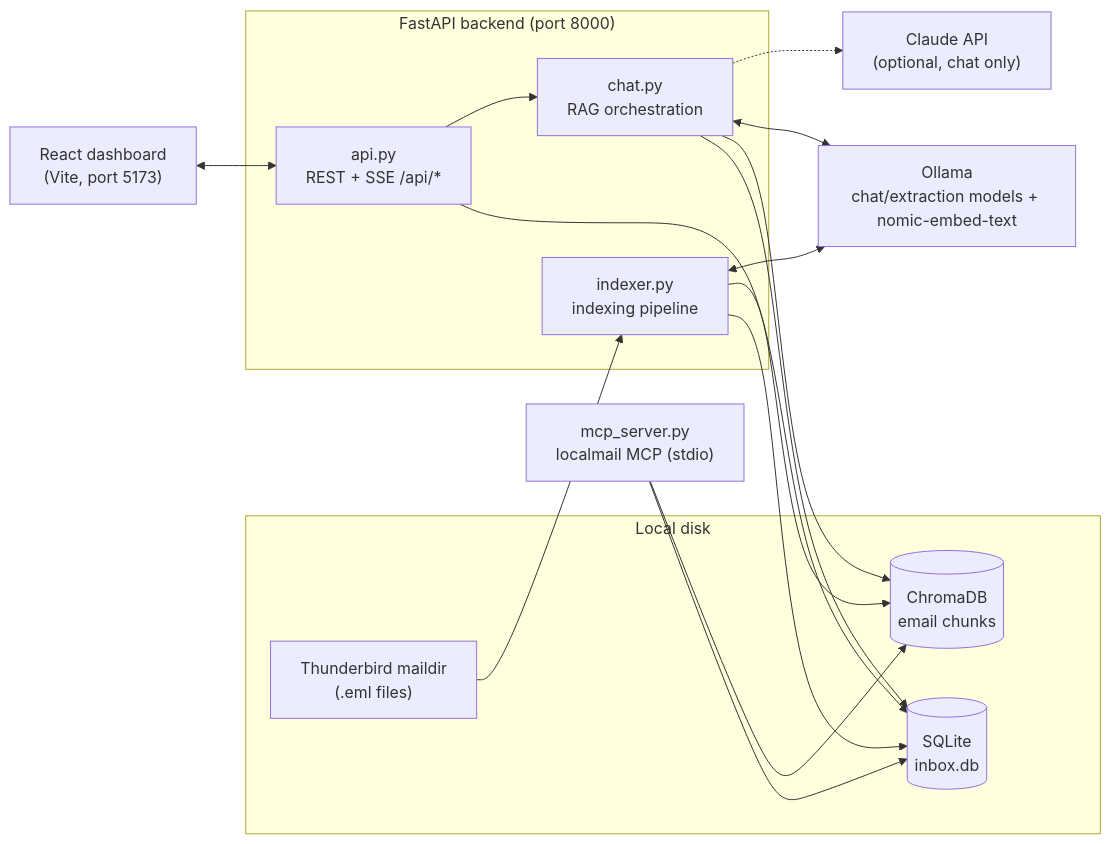
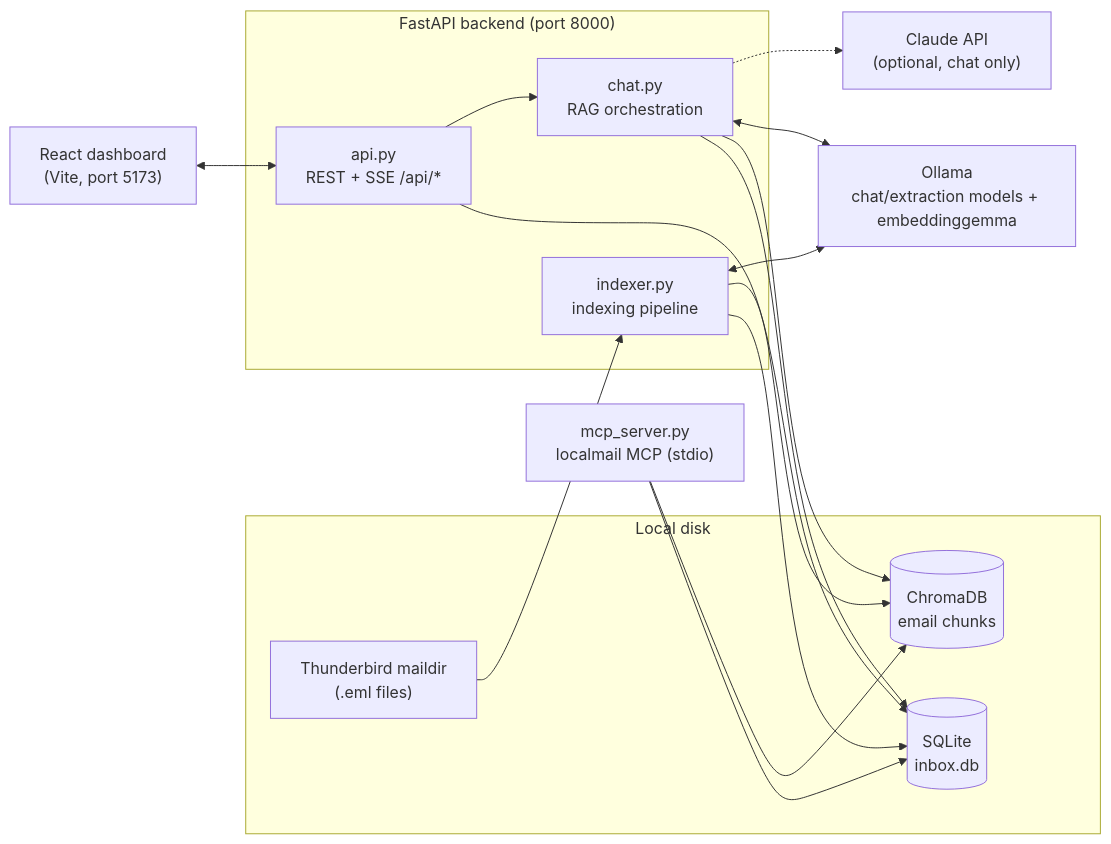
The first of 3 diagrams in docs/ARCHITECTURE.md (elthommy/local-inbox-assistant), drawn with Mermaid before and after one commit. The commit also changed other lines of this file and 12 other files, not shown here.

````diff
--- a/docs/ARCHITECTURE.md
+++ b/docs/ARCHITECTURE.md
@@ -19,33 +19,33 @@
 ```mermaid
 flowchart LR
     subgraph disk["Local disk"]
         TB["Thunderbird maildir<br>(.eml files)"]
         DB[("SQLite<br>inbox.db")]
         CH[("ChromaDB<br>email chunks")]
     end
 
     subgraph backend["FastAPI backend (port 8000)"]
         IDX["indexer.py<br>indexing pipeline"]
         API["api.py<br>REST + SSE /api/*"]
         CHAT["chat.py<br>RAG orchestration"]
     end
 
-    OL["Ollama<br>chat/extraction models + nomic-embed-text"]
+    OL["Ollama<br>chat/extraction models + embeddinggemma"]
     CL["Claude API<br>(optional, chat only)"]
     UI["React dashboard<br>(Vite, port 5173)"]
     MCP["mcp_server.py<br>localmail MCP (stdio)"]
 
     TB --> IDX
     IDX --> DB
     IDX --> CH
     IDX <--> OL
     API --> DB
     API --> CHAT
     CHAT --> DB
     CHAT --> CH
     CHAT <--> OL
     CHAT -.-> CL
     UI <--> API
     MCP --> DB
     MCP --> CH
 ```
````
